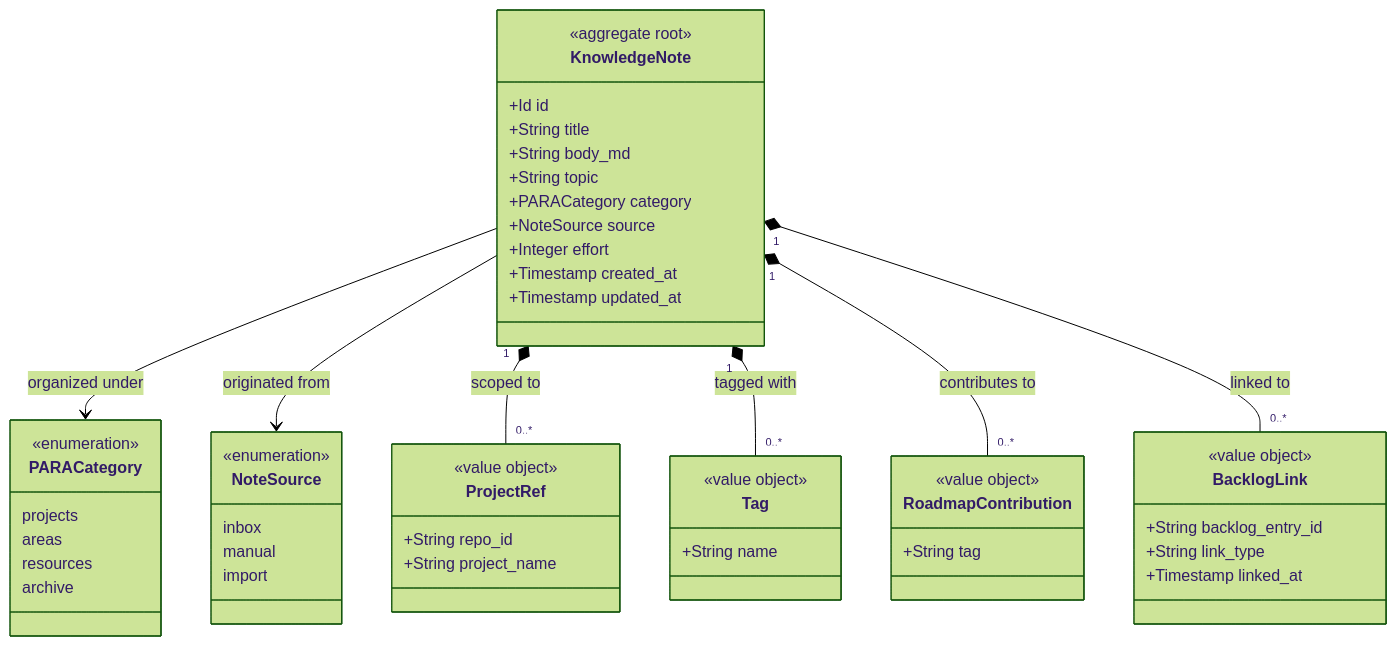
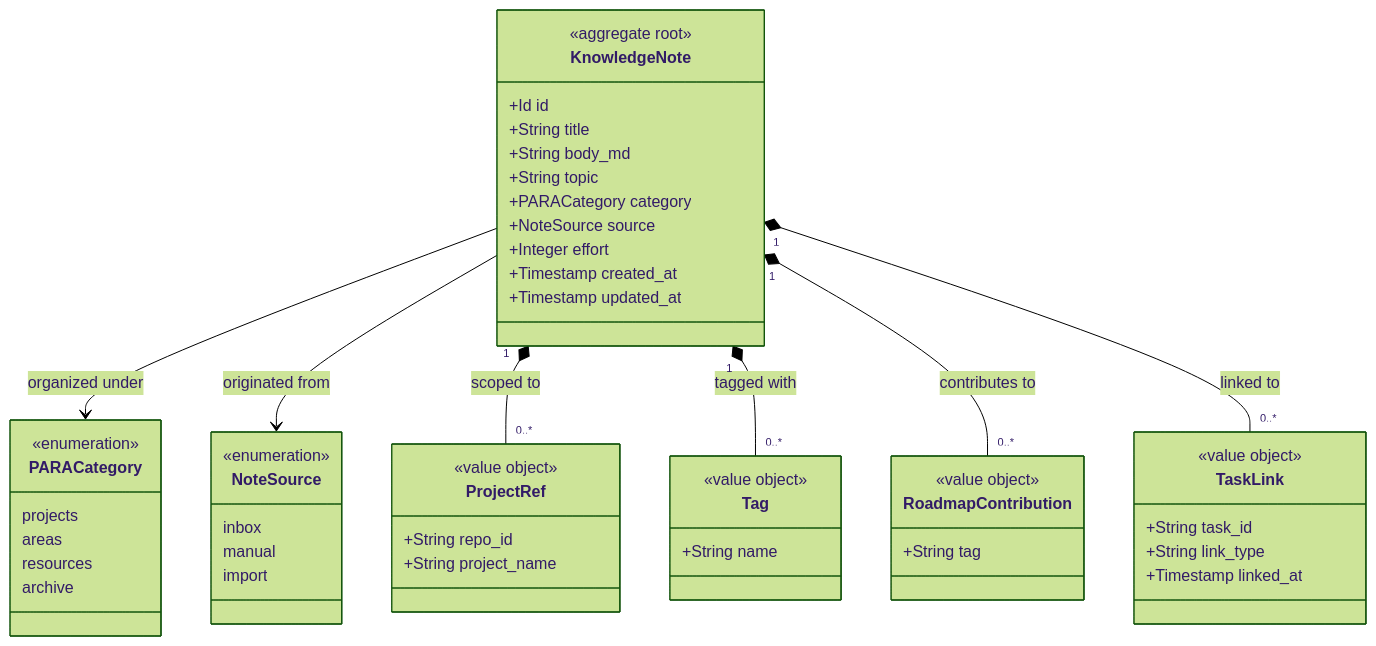
The diagram in .domain/second-brain/model.md (JSdotNet/Backlog), drawn with Mermaid (forest theme) before and after one commit. The commit also changed other lines of this file and 364 other files, not shown here.

````diff
--- a/.domain/second-brain/model.md
+++ b/.domain/second-brain/model.md
@@ -15,54 +15,54 @@
 ```mermaid
 classDiagram
     class KnowledgeNote {
         <<aggregate root>>
         +Id id
         +String title
         +String body_md
         +String topic
         +PARACategory category
         +NoteSource source
         +Integer effort
         +Timestamp created_at
         +Timestamp updated_at
     }
     class ProjectRef {
         <<value object>>
         +String repo_id
         +String project_name
     }
     class Tag {
         <<value object>>
         +String name
     }
     class RoadmapContribution {
         <<value object>>
         +String tag
     }
-    class BacklogLink {
+    class TaskLink {
         <<value object>>
-        +String backlog_entry_id
+        +String task_id
         +String link_type
         +Timestamp linked_at
     }
     class PARACategory {
         <<enumeration>>
         projects
         areas
         resources
         archive
     }
     class NoteSource {
         <<enumeration>>
         inbox
         manual
         import
     }
 
     KnowledgeNote --> PARACategory : organized under
     KnowledgeNote --> NoteSource : originated from
     KnowledgeNote "1" *-- "0..*" ProjectRef : scoped to
     KnowledgeNote "1" *-- "0..*" Tag : tagged with
     KnowledgeNote "1" *-- "0..*" RoadmapContribution : contributes to
-    KnowledgeNote "1" *-- "0..*" BacklogLink : linked to
+    KnowledgeNote "1" *-- "0..*" TaskLink : linked to
 ```
````
